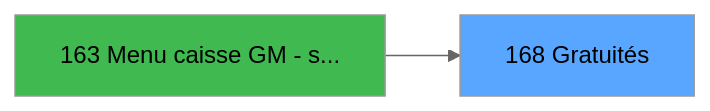
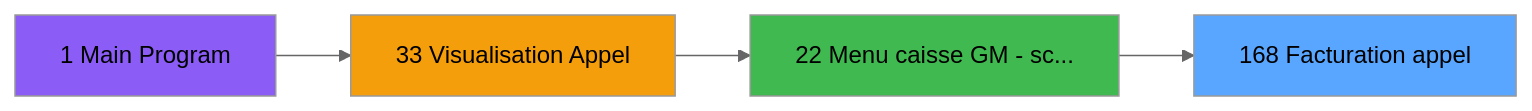
The second of 3 diagrams in .openspec/specs/ADH-IDE-168.md (thonyAGP/magic-migration), drawn with Mermaid (neutral theme) before and after one commit. The commit also changed other lines of this file and 311 other files, not shown here.

````diff
--- a/.openspec/specs/ADH-IDE-168.md
+++ b/.openspec/specs/ADH-IDE-168.md
@@ -1312,8 +366,14 @@
 ```mermaid
 graph LR
-    T168[168 Gratuités]
+    T168[168 Facturation appel]
     style T168 fill:#58a6ff
-    CALLER163[163 Menu caisse GM - s...]
-    CALLER163 --> T168
-    style CALLER163 fill:#3fb950
+    CC1[1 Main Program]
+    style CC1 fill:#8b5cf6
+    CC33[33 Visualisation Appel]
+    style CC33 fill:#f59e0b
+    CC22[22 Menu caisse GM - sc...]
+    style CC22 fill:#3fb950
+    CC33 --> CC22
+    CC1 --> CC33
+    CC22 --> T168
 ```
````
